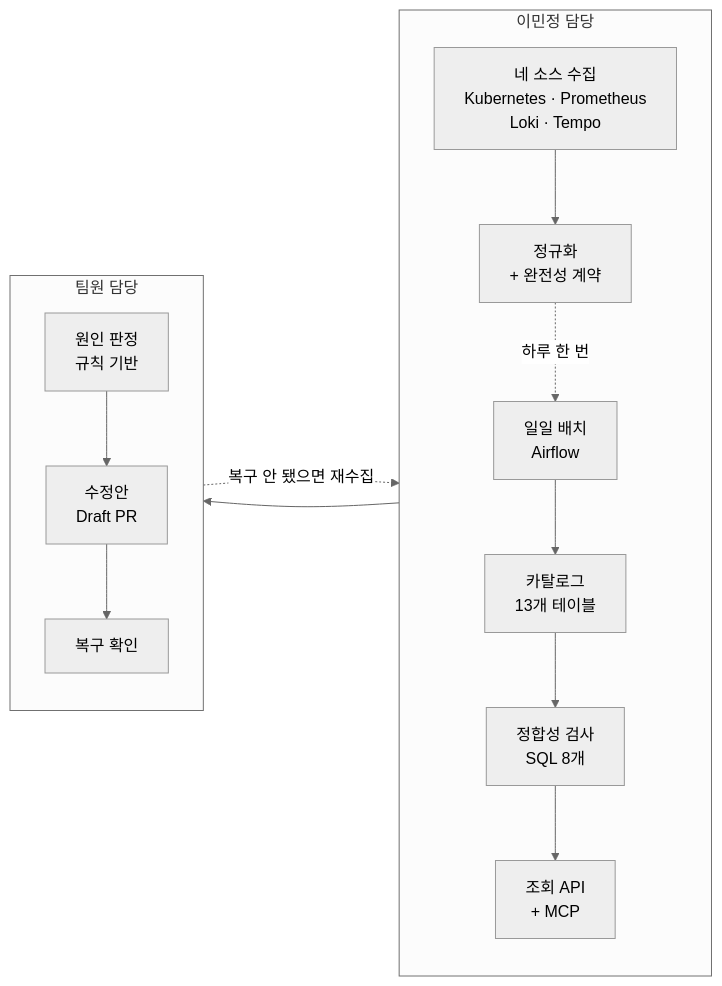
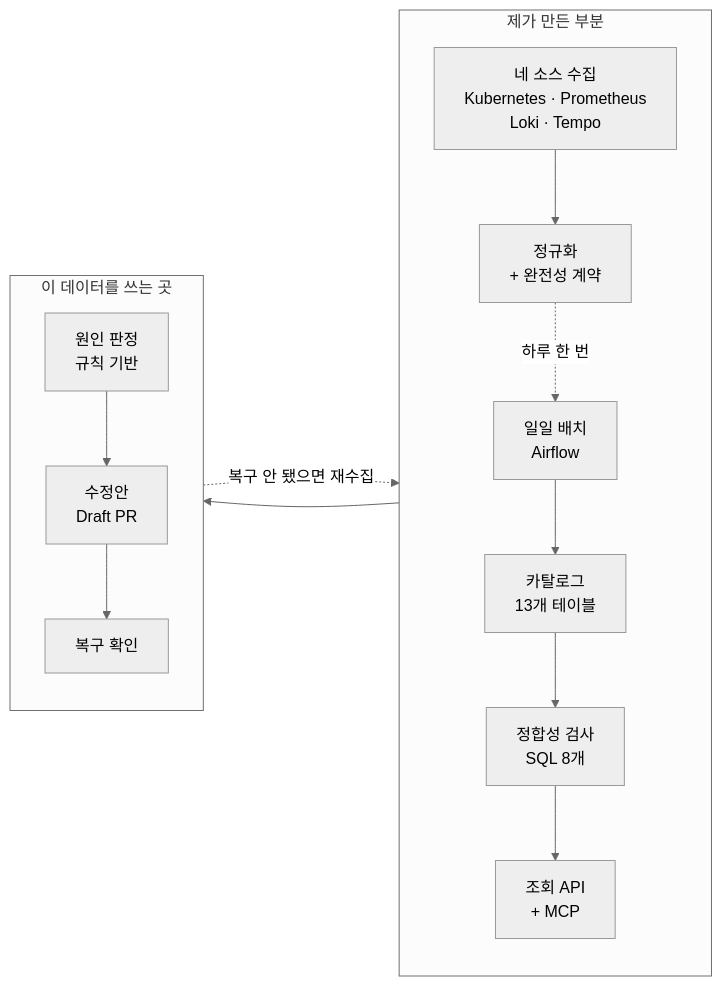
One commit to woonyong-kr/k8s-ops-min changed the diagram in README.md. Above: the diagram before and after it, drawn with Mermaid (neutral theme). The commit also changed other lines of this file, not shown here.

````diff
--- a/README.md
+++ b/README.md
@@ -15,15 +15,15 @@
 ```mermaid
 flowchart LR
-    subgraph MINE ["이민정 담당"]
+    subgraph MINE ["제가 만든 부분"]
         direction TB
         S["네 소스 수집<br/>Kubernetes · Prometheus<br/>Loki · Tempo"] --> N["정규화<br/>+ 완전성 계약"]
         B["일일 배치<br/>Airflow"] --> C["카탈로그<br/>13개 테이블"] --> Q["정합성 검사<br/>SQL 8개"] --> A["조회 API<br/>+ MCP"]
     end
-    subgraph TEAM ["팀원 담당"]
+    subgraph TEAM ["이 데이터를 쓰는 곳"]
         direction TB
         R["원인 판정<br/>규칙 기반"] --> P["수정안<br/>Draft PR"] --> V["복구 확인"]
     end
     N --> R
     V -. "복구 안 됐으면 재수집" .-> S
     N -. "하루 한 번" .-> B
 ```
````
